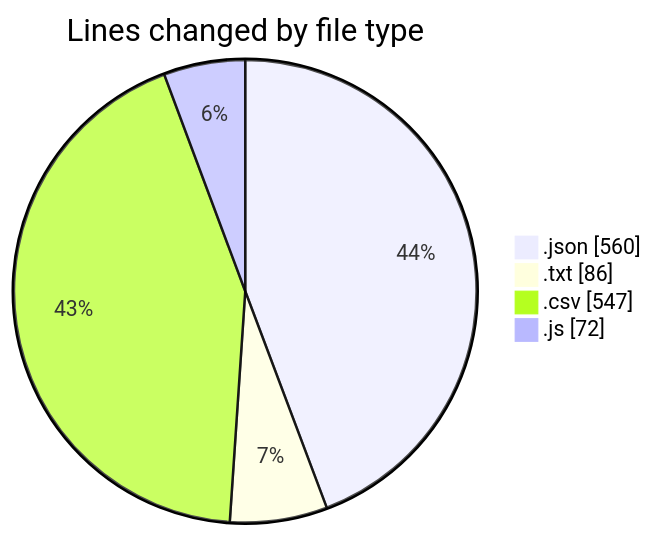
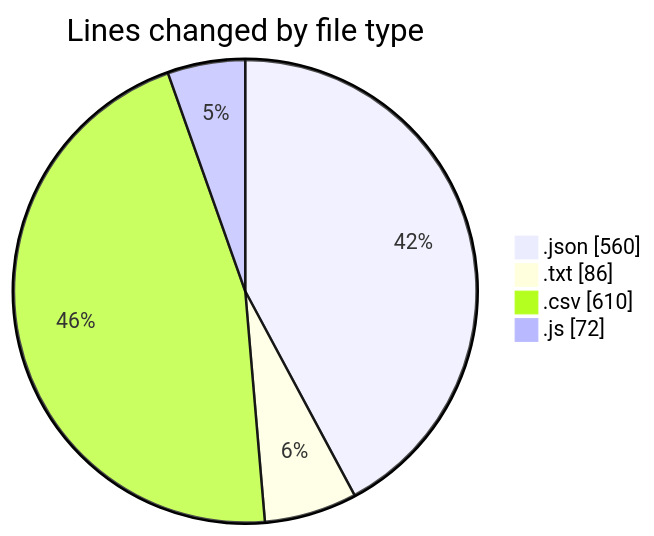
One commit to EIIisD/code-tracking changed the first of 2 diagrams in 2025-07-27/refunds/README.md. Above: the diagram before and after it, drawn with Mermaid. The commit also changed other lines of this file and 1 other file, not shown here.

````diff
--- a/2025-07-27/refunds/README.md
+++ b/2025-07-27/refunds/README.md
@@ -25,8 +25,8 @@
 ```mermaid
 pie showData
 title Lines changed by file type
 ".json" : 560
 ".txt" : 86
-".csv" : 547
+".csv" : 610
 ".js" : 72
 ```
````
